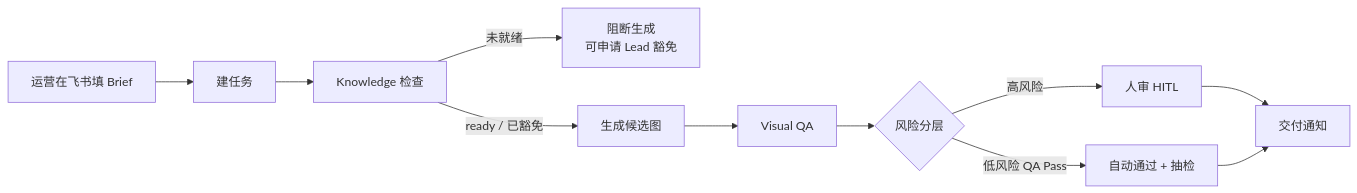
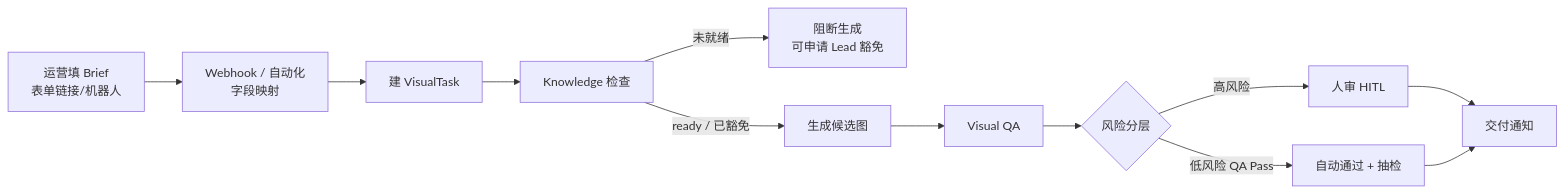
The diagram in docs/飞书提需说明.md (w15986419314-hue/ecommerce-visual-agentic-workflow), drawn with Mermaid before and after one commit. The commit also changed other lines of this file and 10 other files, not shown here.

````diff
--- a/docs/飞书提需说明.md
+++ b/docs/飞书提需说明.md
@@ -21,13 +33,14 @@
 ```mermaid
 flowchart LR
-  A[运营在飞书填 Brief] --> B[建任务]
-  B --> C[Knowledge 检查]
-  C -->|未就绪| C1[阻断生成<br/>可申请 Lead 豁免]
-  C -->|ready / 已豁免| D[生成候选图]
-  D --> E[Visual QA]
-  E --> F{风险分层}
-  F -->|高风险| G[人审 HITL]
-  F -->|低风险 QA Pass| H[自动通过 + 抽检]
-  G --> I[交付通知]
-  H --> I
+  A[运营填 Brief<br/>表单链接/机器人] --> B[Webhook / 自动化<br/>字段映射]
+  B --> C[建 VisualTask]
+  C --> D[Knowledge 检查]
+  D -->|未就绪| D1[阻断生成<br/>可申请 Lead 豁免]
+  D -->|ready / 已豁免| E[生成候选图]
+  E --> F[Visual QA]
+  F --> G{风险分层}
+  G -->|高风险| H[人审 HITL]
+  G -->|低风险 QA Pass| I[自动通过 + 抽检]
+  H --> J[交付通知]
+  I --> J
 ```
````
